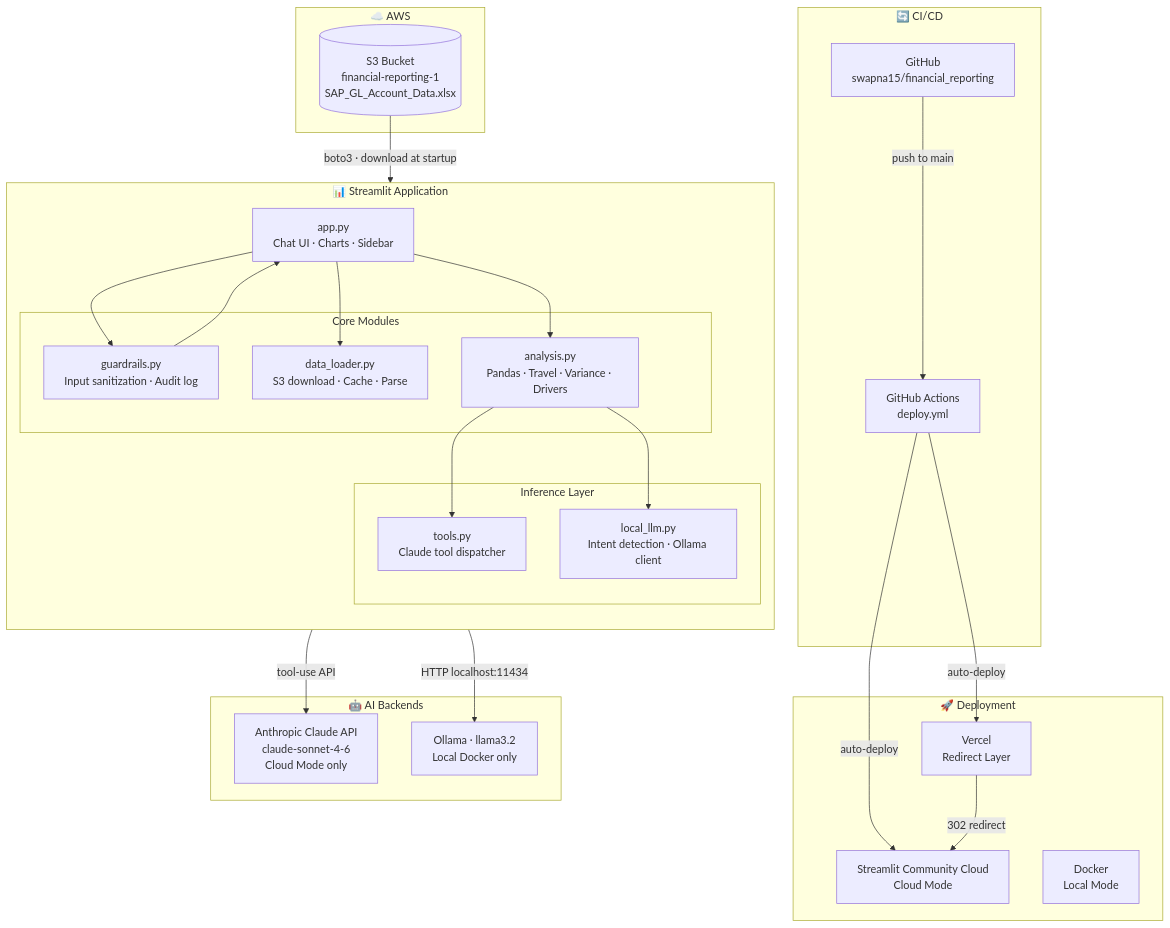
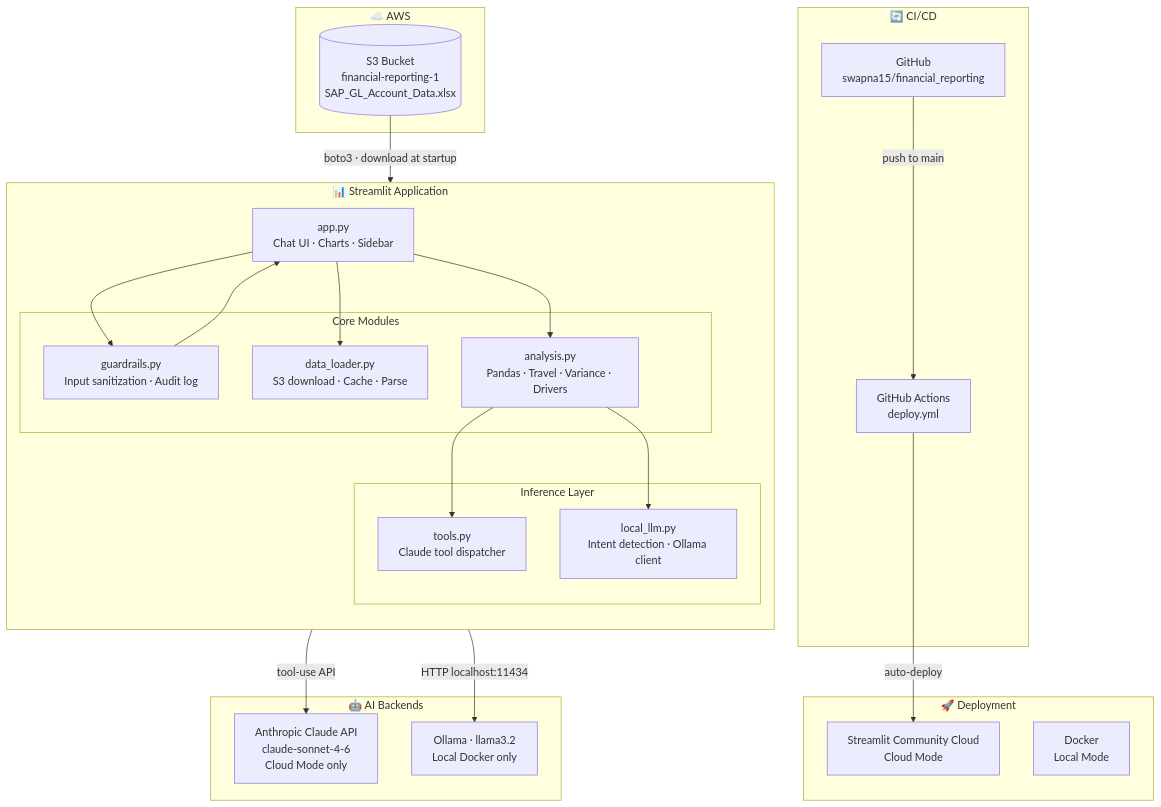
Before and after one commit to swapna15/financial_reporting: the first of 2 diagrams in docs/architecture.md, drawn with Mermaid. The commit also changed other lines of this file and 5 other files, not shown here.

````diff
--- a/docs/architecture.md
+++ b/docs/architecture.md
@@ -5,59 +5,56 @@
 ```mermaid
 flowchart TB
     %% ── External Data ──────────────────────────────────────────────────────
     subgraph AWS["☁️  AWS"]
         S3[(S3 Bucket\nfinancial-reporting-1\nSAP_GL_Account_Data.xlsx)]
     end
 
     %% ── CI/CD ──────────────────────────────────────────────────────────────
     subgraph CICD["🔄  CI/CD"]
         GH[GitHub\nswapna15/financial_reporting]
         GHA[GitHub Actions\ndeploy.yml]
         GH -->|push to main| GHA
     end
 
     %% ── Deployment Targets ─────────────────────────────────────────────────
     subgraph DEPLOY["🚀  Deployment"]
         SCC[Streamlit Community Cloud\nCloud Mode]
-        VERCEL[Vercel\nRedirect Layer]
         DOCKER[Docker\nLocal Mode]
         GHA -->|auto-deploy| SCC
-        GHA -->|auto-deploy| VERCEL
-        VERCEL -->|302 redirect| SCC
     end
 
     %% ── Application ────────────────────────────────────────────────────────
     subgraph APP["📊  Streamlit Application"]
         direction TB
         UI[app.py\nChat UI · Charts · Sidebar]
 
         subgraph CORE["Core Modules"]
             DL[data_loader.py\nS3 download · Cache · Parse]
             GR[guardrails.py\nInput sanitization · Audit log]
             AN[analysis.py\nPandas · Travel · Variance · Drivers]
         end
 
         subgraph INFERENCE["Inference Layer"]
             TOOLS[tools.py\nClaude tool dispatcher]
             LOCAL[local_llm.py\nIntent detection · Ollama client]
         end
 
         UI --> GR
         GR --> UI
         UI --> DL
         UI --> AN
         AN --> TOOLS
         AN --> LOCAL
     end
 
     %% ── AI Backends ────────────────────────────────────────────────────────
     subgraph AI["🤖  AI Backends"]
         CLAUDE[Anthropic Claude API\nclaude-sonnet-4-6\nCloud Mode only]
         OLLAMA[Ollama · llama3.2\nLocal Docker only]
     end
 
     %% ── Cross-boundary connections ─────────────────────────────────────────
     S3 -->|boto3 · download at startup| DL
     TOOLS -->|tool-use API| CLAUDE
     LOCAL -->|HTTP localhost:11434| OLLAMA
 ```
````
